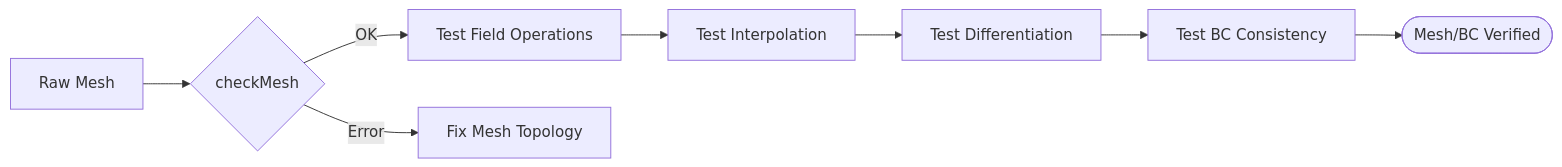
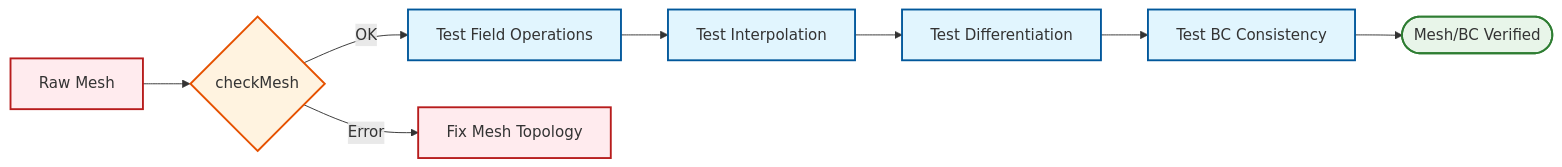
The diagram in MODULE_08_TESTING_VALIDATION/CONTENT/03_VALIDATION_BENCHMARKS/02_Mesh_BC_Verification.md (wramet/build-my-cfd), drawn with Mermaid before and after one commit. The commit also changed 313 other files, not shown here.

Commit message:
Revise all diagram

````diff
--- a/MODULE_08_TESTING_VALIDATION/CONTENT/03_VALIDATION_BENCHMARKS/02_Mesh_BC_Verification.md
+++ b/MODULE_08_TESTING_VALIDATION/CONTENT/03_VALIDATION_BENCHMARKS/02_Mesh_BC_Verification.md
@@ -680,10 +680,14 @@
 ```mermaid
-graph LR
-    A[Raw Mesh] --> B{checkMesh}
-    B -- OK --> C[Test Field Operations]
-    B -- Error --> Error[Fix Mesh Topology]
-    C --> D[Test Interpolation]
-    D --> E[Test Differentiation]
-    E --> F[Test BC Consistency]
-    F --> Result([Mesh/BC Verified])
+flowchart LR
+classDef implicit fill:#e1f5fe,stroke:#01579b,stroke-width:2px
+classDef explicit fill:#ffebee,stroke:#b71c1c,stroke-width:2px
+classDef success fill:#e8f5e9,stroke:#2e7d32,stroke-width:2px
+classDef warning fill:#fff3e0,stroke:#e65100,stroke-width:2px
+A[Raw Mesh]:::explicit --> B{checkMesh}:::warning
+B -- OK --> C[Test Field Operations]:::implicit
+B -- Error --> Error[Fix Mesh Topology]:::explicit
+C --> D[Test Interpolation]:::implicit
+D --> E[Test Differentiation]:::implicit
+E --> F[Test BC Consistency]:::implicit
+F --> Result([Mesh/BC Verified]):::success
 ```
````
